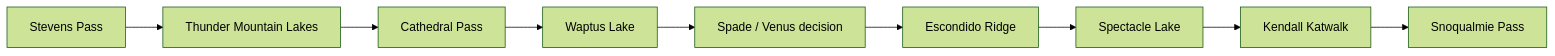
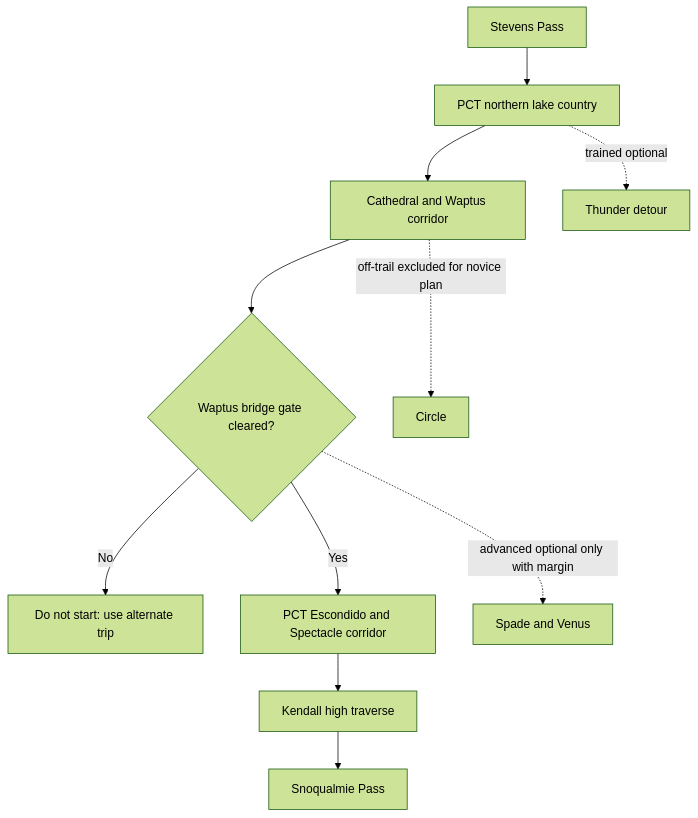
One commit to kush0511/pct-section-j-field-guide changed the first of 5 diagrams in content.md. Above: the diagram before and after it, drawn with Mermaid (forest theme). The commit also changed other lines of this file and 4 other files, not shown here.

````diff
--- a/content.md
+++ b/content.md
@@ -101,11 +128,13 @@
 ```mermaid
-flowchart LR
-  A[Stevens Pass] --> B[Thunder Mountain Lakes]
-  B --> C[Cathedral Pass]
-  C --> D[Waptus Lake]
-  D --> E[Spade / Venus decision]
-  E --> F[Escondido Ridge]
-  F --> G[Spectacle Lake]
-  G --> H[Kendall Katwalk]
-  H --> I[Snoqualmie Pass]
+flowchart TD
+  A[Stevens Pass] --> B[PCT northern lake country]
+  B --> C[Cathedral and Waptus corridor]
+  C --> D{"Waptus bridge gate cleared?"}
+  D -->|No| X["Do not start: use alternate trip"]
+  D -->|Yes| E[PCT Escondido and Spectacle corridor]
+  E --> F[Kendall high traverse]
+  F --> G[Snoqualmie Pass]
+  B -. trained optional .-> H[Thunder detour]
+  C -. off-trail excluded for novice plan .-> I[Circle]
+  D -. advanced optional only with margin .-> J[Spade and Venus]
 ```
````
